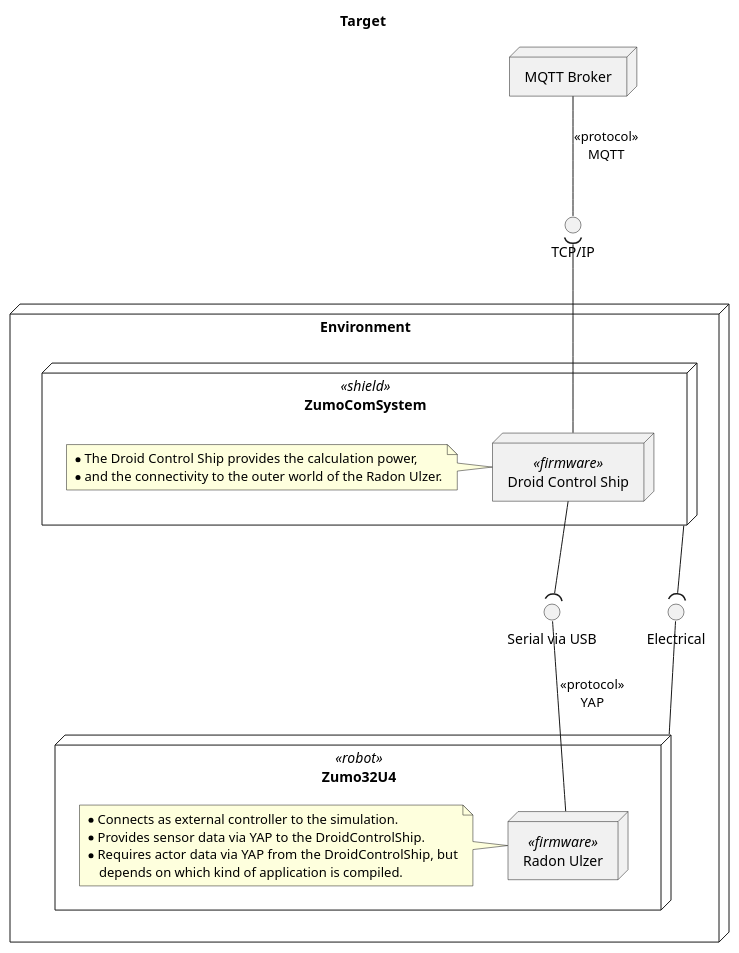
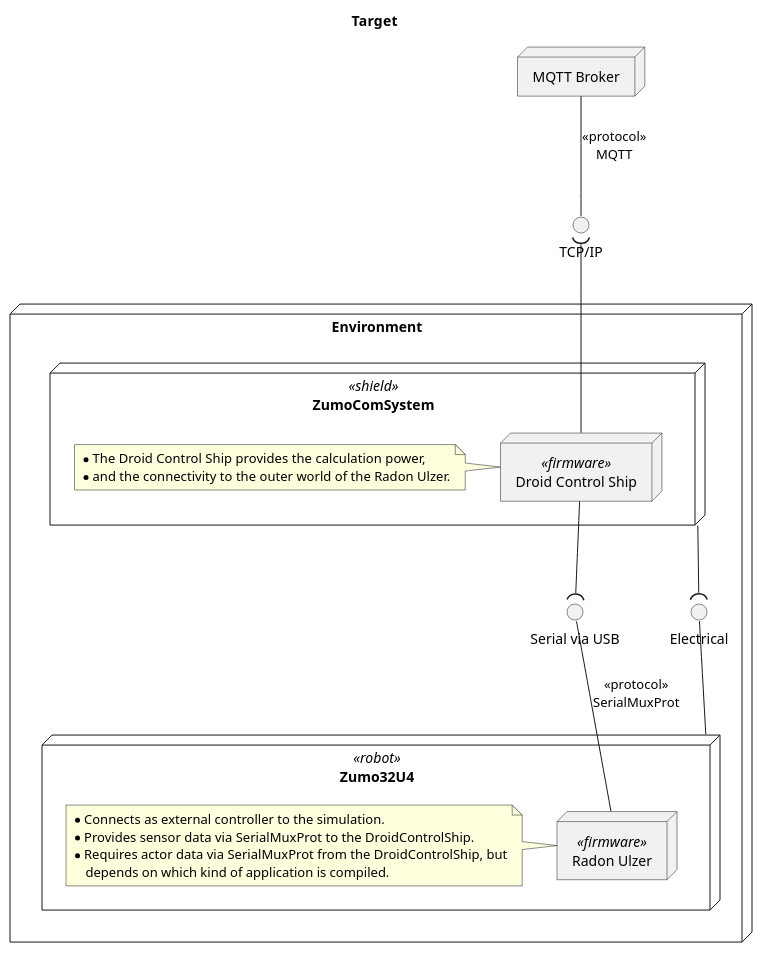
The diagram in doc/architecture/uml/PhysicalView/TargetDeployment.plantuml (BlueAndi/DroidControlShip), drawn with PlantUML before and after one commit. The commit also changed 1 other file, not shown here.

Commit message:
"YAP" replaced with "SerialMuxProt".

```diff
--- a/doc/architecture/uml/PhysicalView/TargetDeployment.plantuml
+++ b/doc/architecture/uml/PhysicalView/TargetDeployment.plantuml
@@ -1,47 +1,47 @@
 @startuml
 
 title Target
 
 node "Environment" as env {
 
     node "Zumo32U4" <<robot>> as robot {
 
         node "Radon Ulzer" <<firmware>> as ru
 
         note left of ru
             * Connects as external controller to the simulation.
-            * Provides sensor data via YAP to the DroidControlShip.
-            * Requires actor data via YAP from the DroidControlShip, but
+            * Provides sensor data via SerialMuxProt to the DroidControlShip.
+            * Requires actor data via SerialMuxProt from the DroidControlShip, but
                 depends on which kind of application is compiled.
         end note
     }
 
     node "ZumoComSystem" <<shield>> as shield {
 
         node "Droid Control Ship" <<firmware>> as dcs
 
         note left of dcs
             * The Droid Control Ship provides the calculation power,
             * and the connectivity to the outer world of the Radon Ulzer.
         end note
     }
 
     interface "Serial via USB" as iRobotSerial
     interface "Electrical" as iEE
 
     shield --( iEE
     iEE -- robot
 }
 
 node "MQTT Broker" as broker {
 }
 
 dcs --( iRobotSerial
-iRobotSerial -- ru: <<protocol>>\nYAP
+iRobotSerial -- ru: <<protocol>>\nSerialMuxProt
 
 interface "TCP/IP" as iNetwork
 
 broker -- iNetwork: <<protocol>>\nMQTT
 iNetwork )-- dcs
 
 @enduml
```
